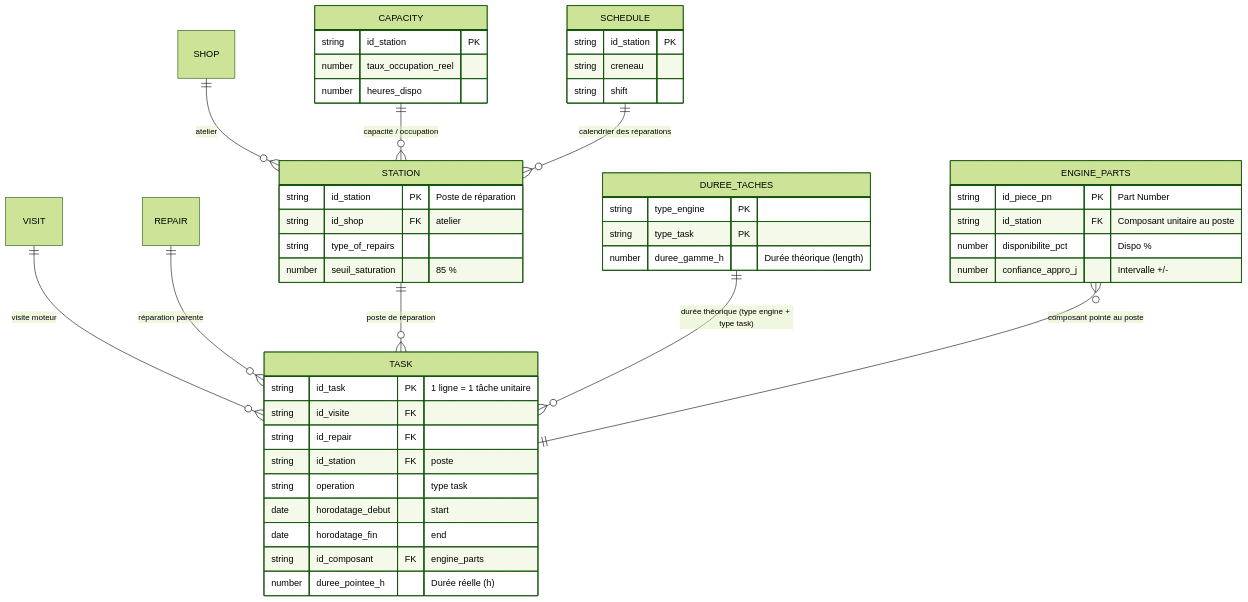
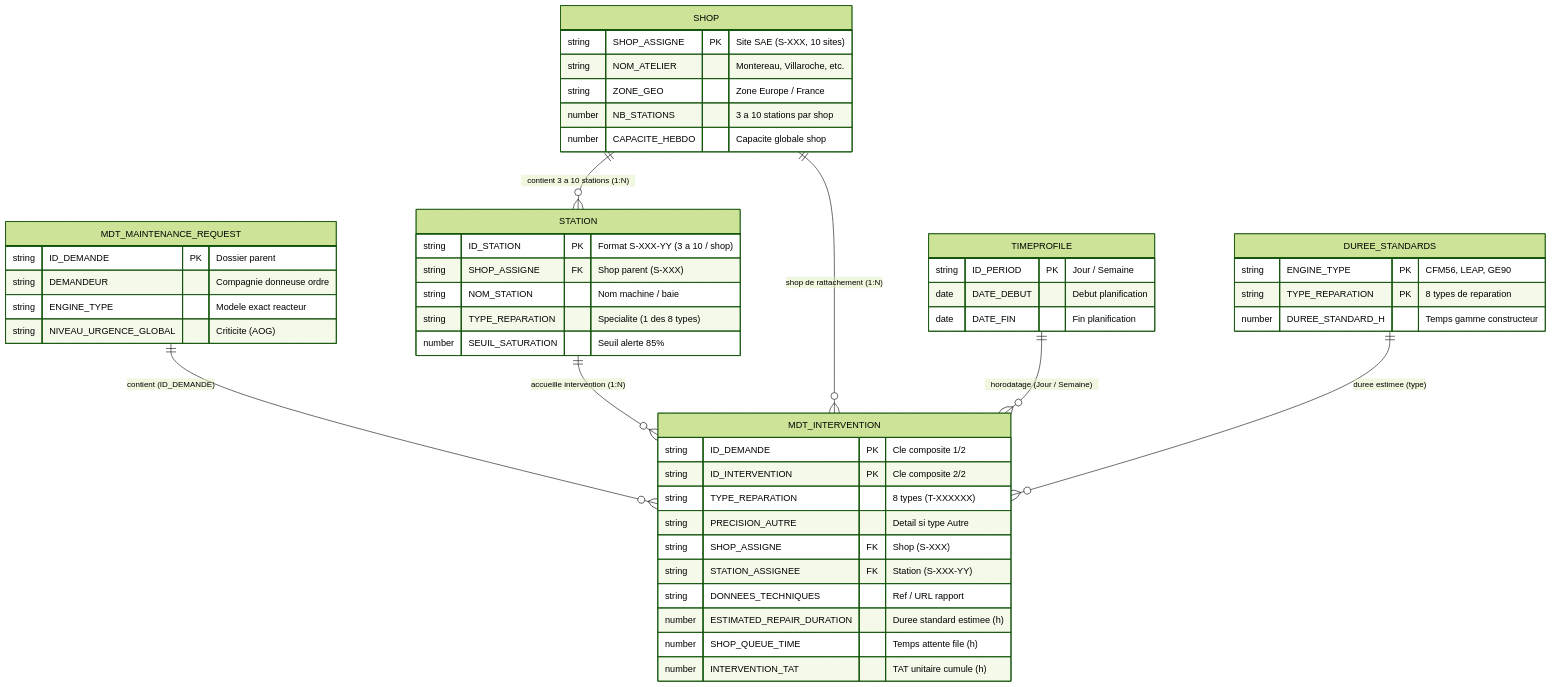
The third of 16 diagrams in content.md (quangfr/bimaestro), drawn with Mermaid (forest theme) before and after one commit. The commit also changed other lines of this file and 6 other files, not shown here.

````diff
--- a/content.md
+++ b/content.md
@@ -354,50 +270,52 @@
 ```mermaid
 erDiagram
-    VISIT ||--o{ TASK : "visite moteur"
-    REPAIR ||--o{ TASK : "réparation parente"
-    STATION ||--o{ TASK : "poste de réparation"
-    DUREE_TACHES ||--o{ TASK : "durée théorique (type engine + type task)"
-    SHOP ||--o{ STATION : "atelier"
-    CAPACITY ||--o{ STATION : "capacité / occupation"
-    SCHEDULE ||--o{ STATION : "calendrier des réparations"
-    ENGINE_PARTS }o--|| TASK : "composant pointé au poste"
+    MDT_MAINTENANCE_REQUEST ||--o{ MDT_INTERVENTION : "contient (ID_DEMANDE)"
+    SHOP ||--o{ STATION : "contient 3 a 10 stations (1:N)"
+    STATION ||--o{ MDT_INTERVENTION : "accueille intervention (1:N)"
+    SHOP ||--o{ MDT_INTERVENTION : "shop de rattachement (1:N)"
+    TIMEPROFILE ||--o{ MDT_INTERVENTION : "horodatage (Jour / Semaine)"
+    DUREE_STANDARDS ||--o{ MDT_INTERVENTION : "duree estimee (type)"
 
-    TASK {
-        string id_task PK "1 ligne = 1 tâche unitaire"
-        string id_visite FK
-        string id_repair FK
-        string id_station FK "poste"
-        string operation "type task"
-        date horodatage_debut "start"
-        date horodatage_fin "end"
-        string id_composant FK "engine_parts"
-        number duree_pointee_h "Durée réelle (h)"
+    MDT_INTERVENTION {
+        string ID_DEMANDE PK "Cle composite 1/2"
+        string ID_INTERVENTION PK "Cle composite 2/2"
+        string TYPE_REPARATION "8 types (T-XXXXXX)"
+        string PRECISION_AUTRE "Detail si type Autre"
+        string SHOP_ASSIGNE FK "Shop (S-XXX)"
+        string STATION_ASSIGNEE FK "Station (S-XXX-YY)"
+        string DONNEES_TECHNIQUES "Ref / URL rapport"
+        number ESTIMATED_REPAIR_DURATION "Duree standard estimee (h)"
+        number SHOP_QUEUE_TIME "Temps attente file (h)"
+        number INTERVENTION_TAT "TAT unitaire cumule (h)"
+    }
+    MDT_MAINTENANCE_REQUEST {
+        string ID_DEMANDE PK "Dossier parent"
+        string DEMANDEUR "Compagnie donneuse ordre"
+        string ENGINE_TYPE "Modele exact reacteur"
+        string NIVEAU_URGENCE_GLOBAL "Criticite (AOG)"
+    }
+    SHOP {
+        string SHOP_ASSIGNE PK "Site SAE (S-XXX, 10 sites)"
+        string NOM_ATELIER "Montereau, Villaroche, etc."
+        string ZONE_GEO "Zone Europe / France"
+        number NB_STATIONS "3 a 10 stations par shop"
+        number CAPACITE_HEBDO "Capacite globale shop"
     }
     STATION {
-        string id_station PK "Poste de réparation"
-        string id_shop FK "atelier"
-        string type_of_repairs
-        number seuil_saturation "85 %"
+        string ID_STATION PK "Format S-XXX-YY (3 a 10 / shop)"
+        string SHOP_ASSIGNE FK "Shop parent (S-XXX)"
+        string NOM_STATION "Nom machine / baie"
+        string TYPE_REPARATION "Specialite (1 des 8 types)"
+        number SEUIL_SATURATION "Seuil alerte 85%"
     }
-    DUREE_TACHES {
-        string type_engine PK
-        string type_task PK
-        number duree_gamme_h "Durée théorique (length)"
+    DUREE_STANDARDS {
+        string ENGINE_TYPE PK "CFM56, LEAP, GE90"
+        string TYPE_REPARATION PK "8 types de reparation"
+        number DUREE_STANDARD_H "Temps gamme constructeur"
     }
-    CAPACITY {
-        string id_station PK
-        number taux_occupation_reel
-        number heures_dispo
-    }
-    SCHEDULE {
-        string id_station PK
-        string creneau
-        string shift
-    }
-    ENGINE_PARTS {
-        string id_piece_pn PK "Part Number"
-        string id_station FK "Composant unitaire au poste"
-        number disponibilite_pct "Dispo %"
-        number confiance_appro_j "Intervalle +/-"
+    TIMEPROFILE {
+        string ID_PERIOD PK "Jour / Semaine"
+        date DATE_DEBUT "Debut planification"
+        date DATE_FIN "Fin planification"
     }
 ```
````
